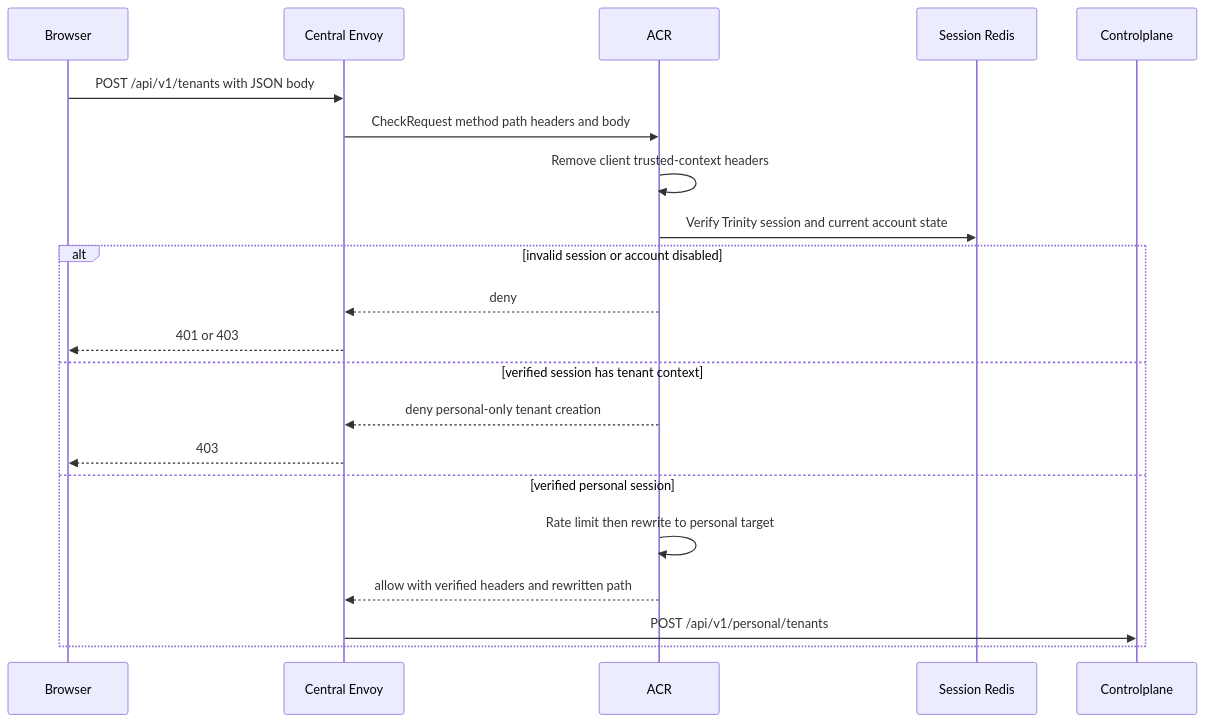
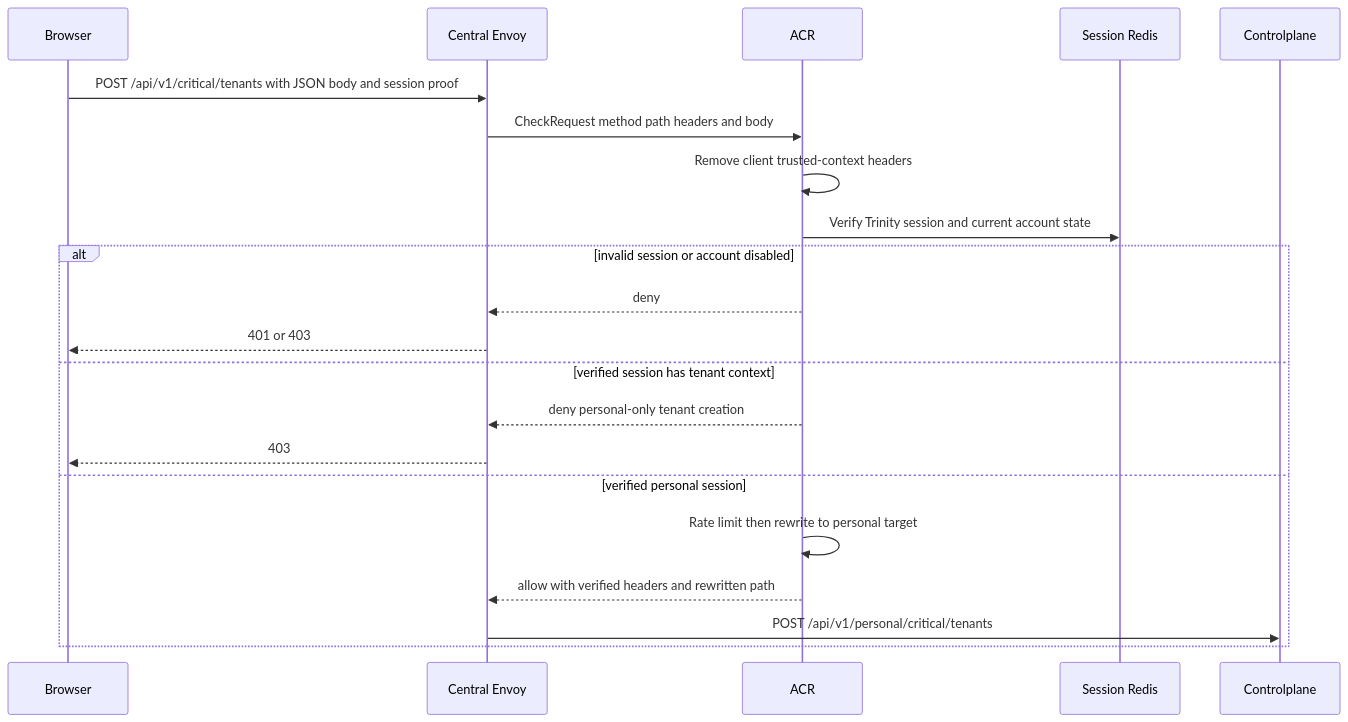
The first of 3 diagrams in god_view/hierarchy/tenant_create_god_view_workflow.md (phucle996/aurora), drawn with Mermaid before and after one commit. The commit also changed other lines of this file and 42 other files, not shown here.

Commit message:
fix(cloud): proof-gate critical resource mutations

````diff
--- a/god_view/hierarchy/tenant_create_god_view_workflow.md
+++ b/god_view/hierarchy/tenant_create_god_view_workflow.md
@@ -44,24 +46,24 @@
 ```mermaid
 sequenceDiagram
     participant B as Browser
     participant E as Central Envoy
     participant A as ACR
     participant S as Session Redis
     participant C as Controlplane
 
-    B->>E: POST /api/v1/tenants with JSON body
+    B->>E: POST /api/v1/critical/tenants with JSON body and session proof
     E->>A: CheckRequest method path headers and body
     A->>A: Remove client trusted-context headers
     A->>S: Verify Trinity session and current account state
     alt invalid session or account disabled
         A-->>E: deny
         E-->>B: 401 or 403
     else verified session has tenant context
         A-->>E: deny personal-only tenant creation
         E-->>B: 403
     else verified personal session
         A->>A: Rate limit then rewrite to personal target
         A-->>E: allow with verified headers and rewritten path
-        E->>C: POST /api/v1/personal/tenants
+        E->>C: POST /api/v1/personal/critical/tenants
     end
 ```
````
